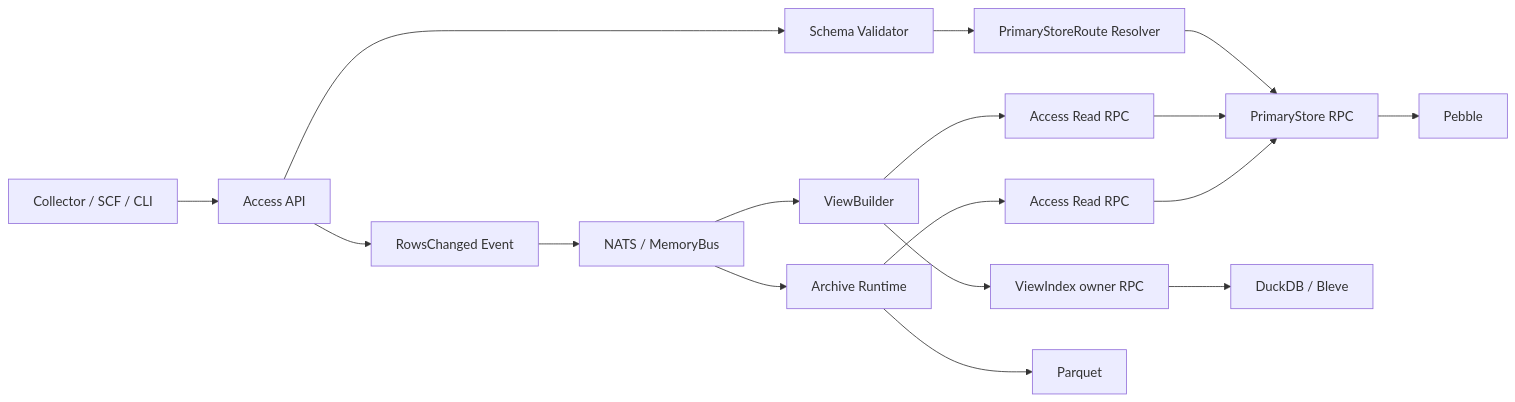
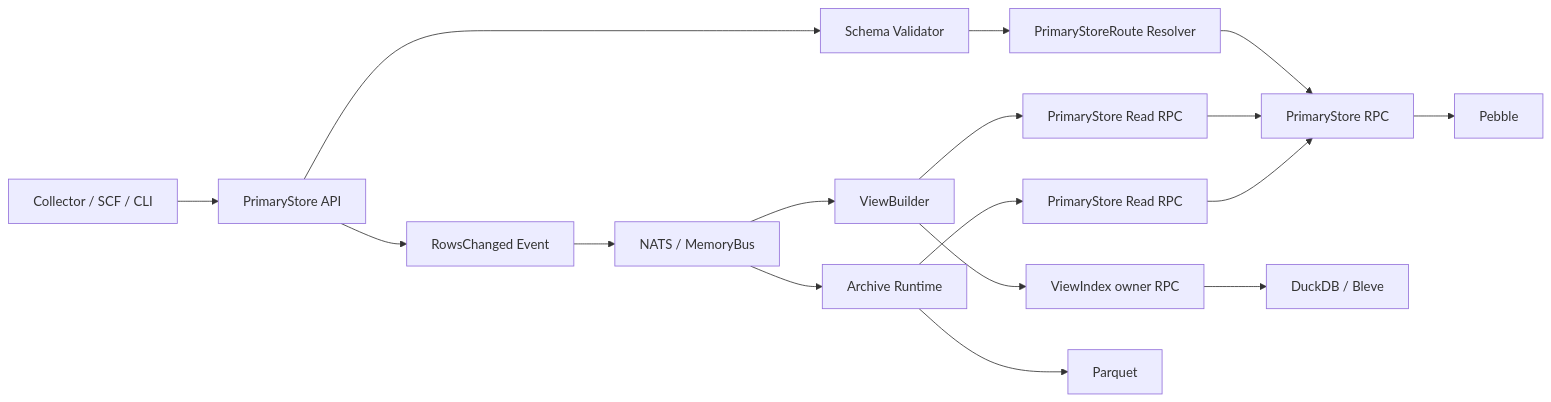
One commit to mooyang-code/moox changed the diagram in docs/存储服务架构与部署.md. Above: the diagram before and after it, drawn with Mermaid. The commit also changed other lines of this file and 186 other files, not shown here.

````diff
--- a/docs/存储服务架构与部署.md
+++ b/docs/存储服务架构与部署.md
@@ -65,19 +65,19 @@
 ```mermaid
 flowchart LR
-    C["Collector / SCF / CLI"] --> A["Access API"]
+    C["Collector / SCF / CLI"] --> A["PrimaryStore API"]
     A --> V["Schema Validator"]
     V --> R["PrimaryStoreRoute Resolver"]
     R --> P["PrimaryStore RPC"]
     P --> PB["Pebble"]
     A --> E["RowsChanged Event"]
     E --> N["NATS / MemoryBus"]
     N --> VB["ViewBuilder"]
     N --> AR["Archive Runtime"]
-    VB --> A2["Access Read RPC"]
+    VB --> A2["PrimaryStore Read RPC"]
     A2 --> P
     VB --> VI["ViewIndex owner RPC"]
     VI --> D["DuckDB / Bleve"]
-    AR --> A3["Access Read RPC"]
+    AR --> A3["PrimaryStore Read RPC"]
     A3 --> P
     AR --> PQ["Parquet"]
 ```
````
